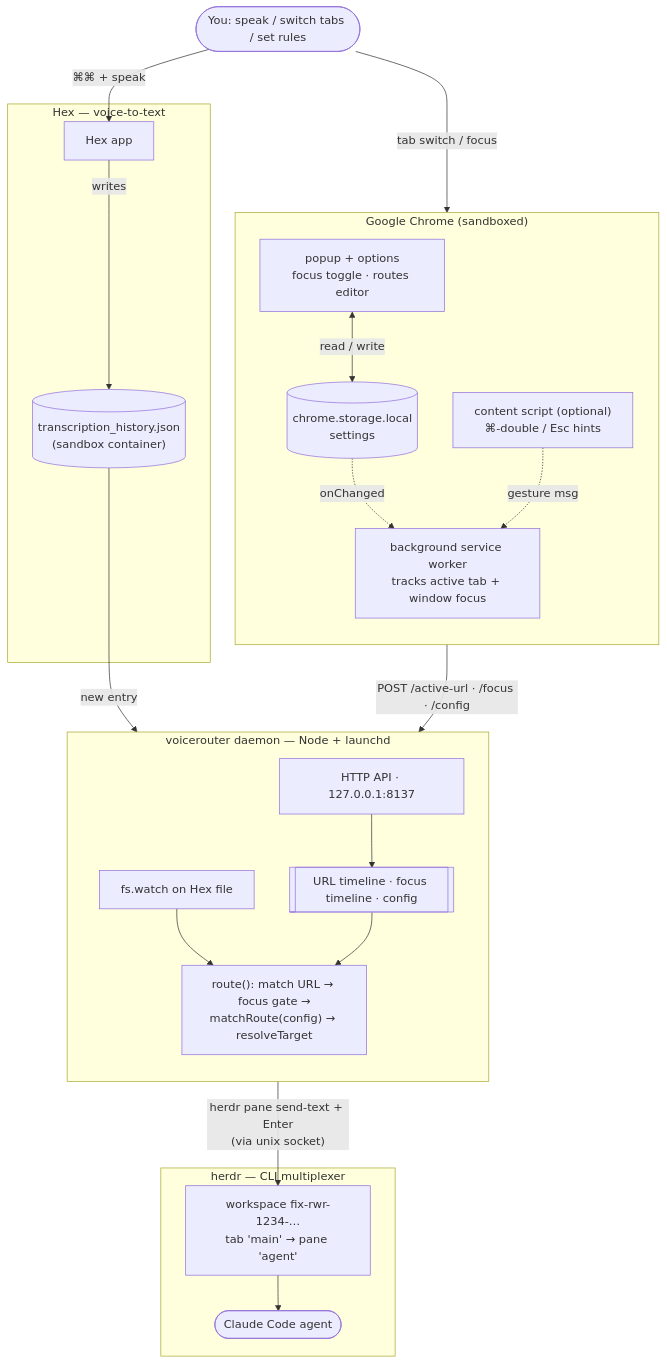
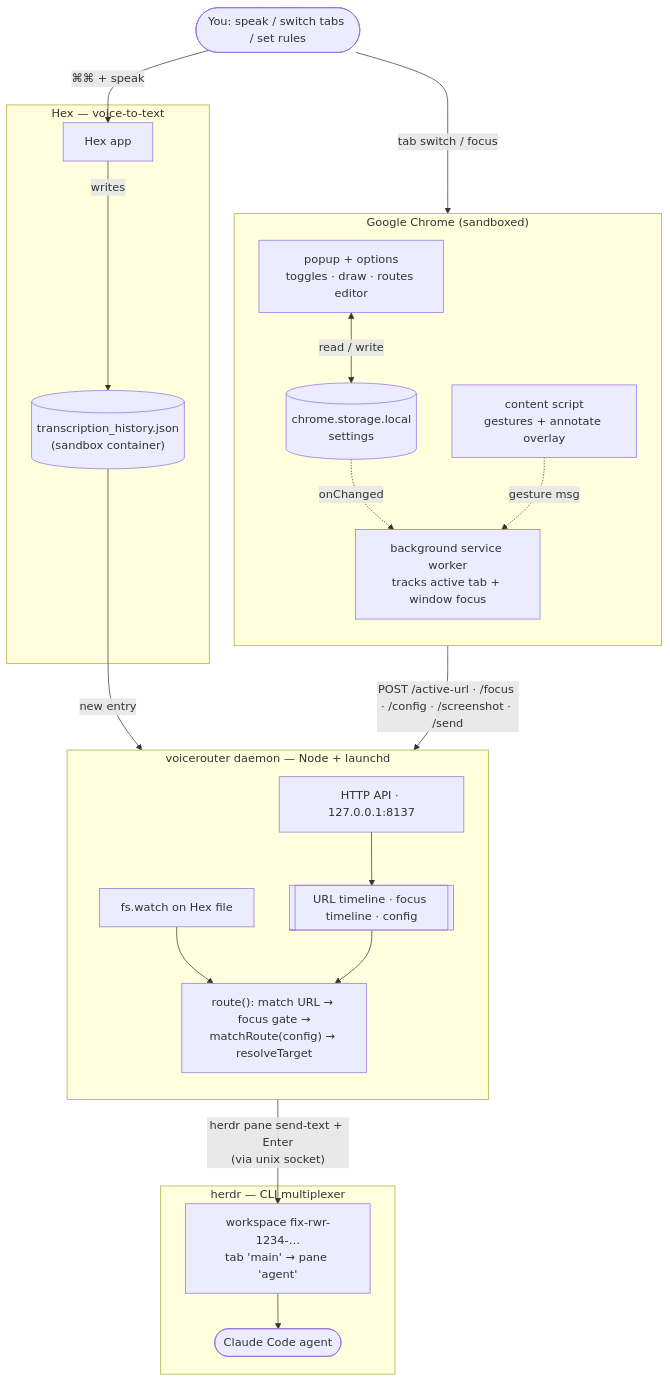
One commit to razajamil/herdr-hex-browser-voice-command changed the first of 2 diagrams in ARCHITECTURE.md. Above: the diagram before and after it, drawn with Mermaid. The commit also changed other lines of this file and 5 other files, not shown here.

````diff
--- a/ARCHITECTURE.md
+++ b/ARCHITECTURE.md
@@ -32,44 +32,44 @@
 ```mermaid
 flowchart TB
     U(["You: speak / switch tabs / set rules"])
 
     subgraph chrome["Google Chrome (sandboxed)"]
         direction TB
-        EXT_POP["popup + options<br/>focus toggle · routes editor"]
+        EXT_POP["popup + options<br/>toggles · draw · routes editor"]
         STORE[("chrome.storage.local<br/>settings")]
-        EXT_CS["content script (optional)<br/>⌘-double / Esc hints"]
+        EXT_CS["content script<br/>gestures + annotate overlay"]
         EXT_BG["background service worker<br/>tracks active tab + window focus"]
     end
 
     subgraph hex["Hex — voice-to-text"]
         HEXAPP["Hex app"]
         HEXJSON[("transcription_history.json<br/>(sandbox container)")]
     end
 
     subgraph daemon["voicerouter daemon — Node + launchd"]
         direction TB
         HTTP["HTTP API · 127.0.0.1:8137"]
         STATE[["URL timeline · focus timeline · config"]]
         WATCH["fs.watch on Hex file"]
         ROUTE["route(): match URL → focus gate →<br/>matchRoute(config) → resolveTarget"]
     end
 
     subgraph herdr["herdr — CLI multiplexer"]
         WS["workspace fix-rwr-1234-…<br/>tab 'main' → pane 'agent'"]
         AGENT([Claude Code agent])
     end
 
     U -->|"⌘⌘ + speak"| HEXAPP
     HEXAPP -->|writes| HEXJSON
     U -->|tab switch / focus| EXT_BG
     EXT_POP <-->|"read / write"| STORE
     STORE -.->|onChanged| EXT_BG
     EXT_CS -.->|gesture msg| EXT_BG
-    EXT_BG -->|"POST /active-url · /focus · /config"| HTTP
+    EXT_BG -->|"POST /active-url · /focus · /config · /screenshot · /send"| HTTP
     HTTP --> STATE
     HEXJSON -->|new entry| WATCH
     WATCH --> ROUTE
     STATE --> ROUTE
     ROUTE -->|"herdr pane send-text + Enter<br/>(via unix socket)"| WS
     WS --> AGENT
 ```
````
